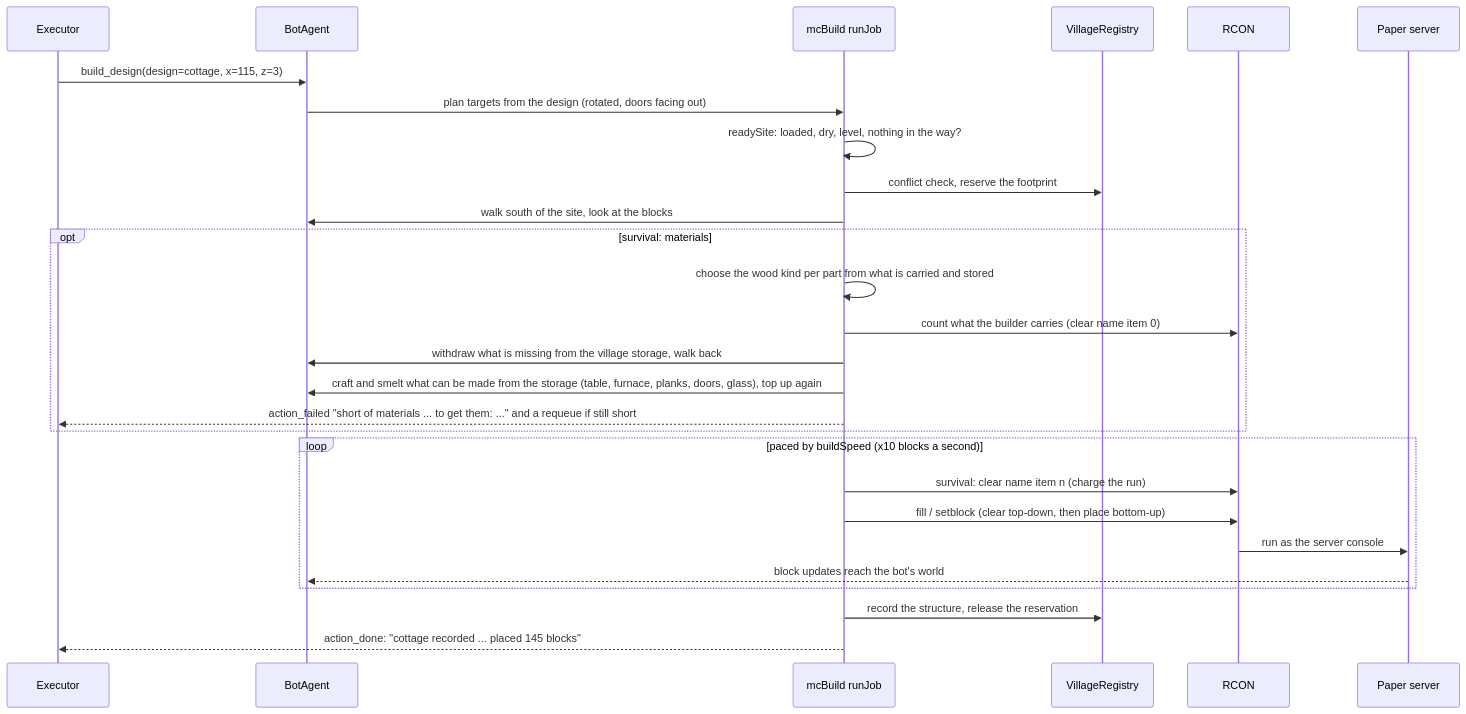
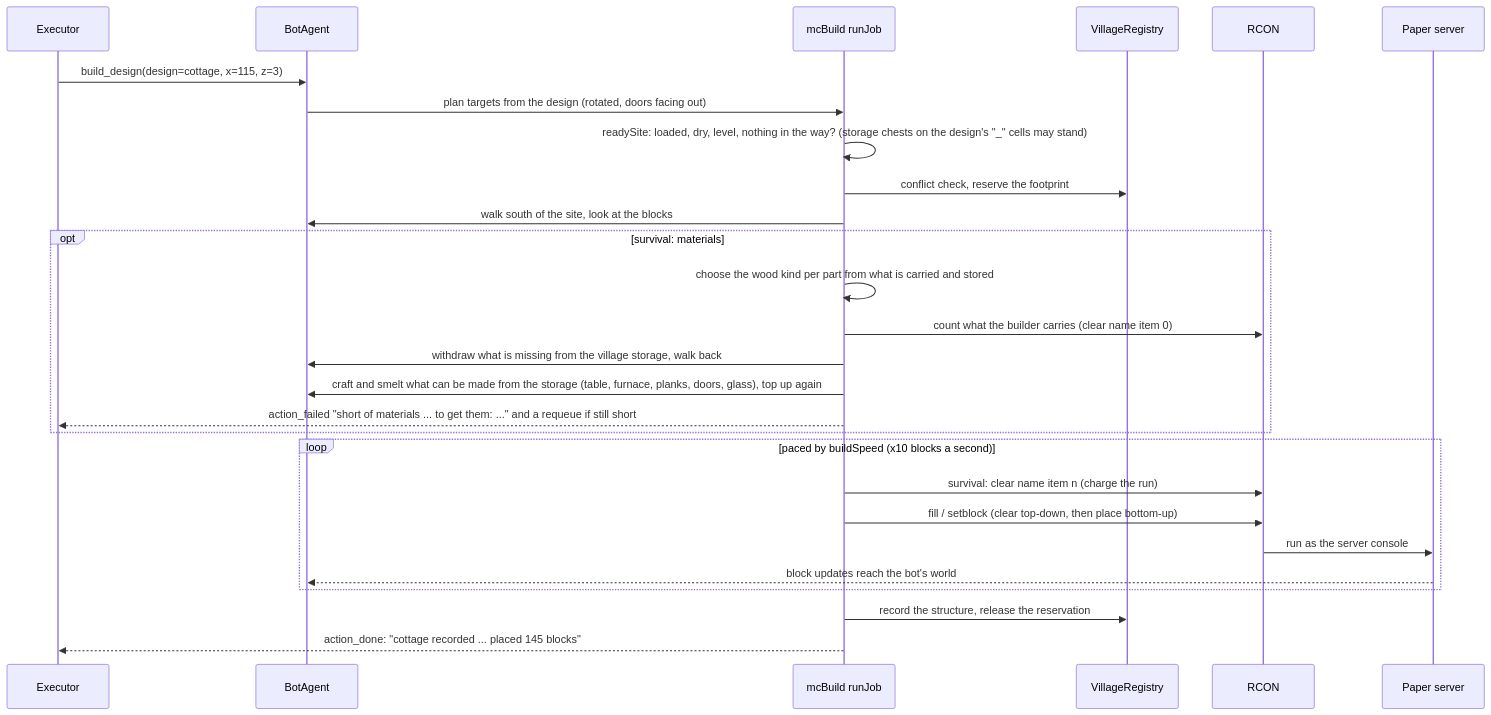
One commit to delphium226/MCAISandbox changed the eighth of 12 diagrams in docs/ARCHITECTURE.md. Above: the diagram before and after it, drawn with Mermaid. The commit also changed other lines of this file and 14 other files, not shown here.

````diff
--- a/docs/ARCHITECTURE.md
+++ b/docs/ARCHITECTURE.md
@@ -358,29 +361,29 @@
 ```mermaid
 sequenceDiagram
   participant E as Executor
   participant B as BotAgent
   participant J as mcBuild runJob
   participant V as VillageRegistry
   participant R as RCON
   participant P as Paper server
   E->>B: build_design(design=cottage, x=115, z=3)
   B->>J: plan targets from the design (rotated, doors facing out)
-  J->>J: readySite: loaded, dry, level, nothing in the way?
+  J->>J: readySite: loaded, dry, level, nothing in the way? (storage chests on the design's "_" cells may stand)
   J->>V: conflict check, reserve the footprint
   J->>B: walk south of the site, look at the blocks
   opt survival: materials
     J->>J: choose the wood kind per part from what is carried and stored
     J->>R: count what the builder carries (clear name item 0)
     J->>B: withdraw what is missing from the village storage, walk back
     J->>B: craft and smelt what can be made from the storage (table, furnace, planks, doors, glass), top up again
     J-->>E: action_failed "short of materials ... to get them: ..." and a requeue if still short
   end
   loop paced by buildSpeed (x10 blocks a second)
     J->>R: survival: clear name item n (charge the run)
     J->>R: fill / setblock (clear top-down, then place bottom-up)
     R->>P: run as the server console
     P-->>B: block updates reach the bot's world
   end
   J->>V: record the structure, release the reservation
   J-->>E: action_done: "cottage recorded ... placed 145 blocks"
 ```
````
